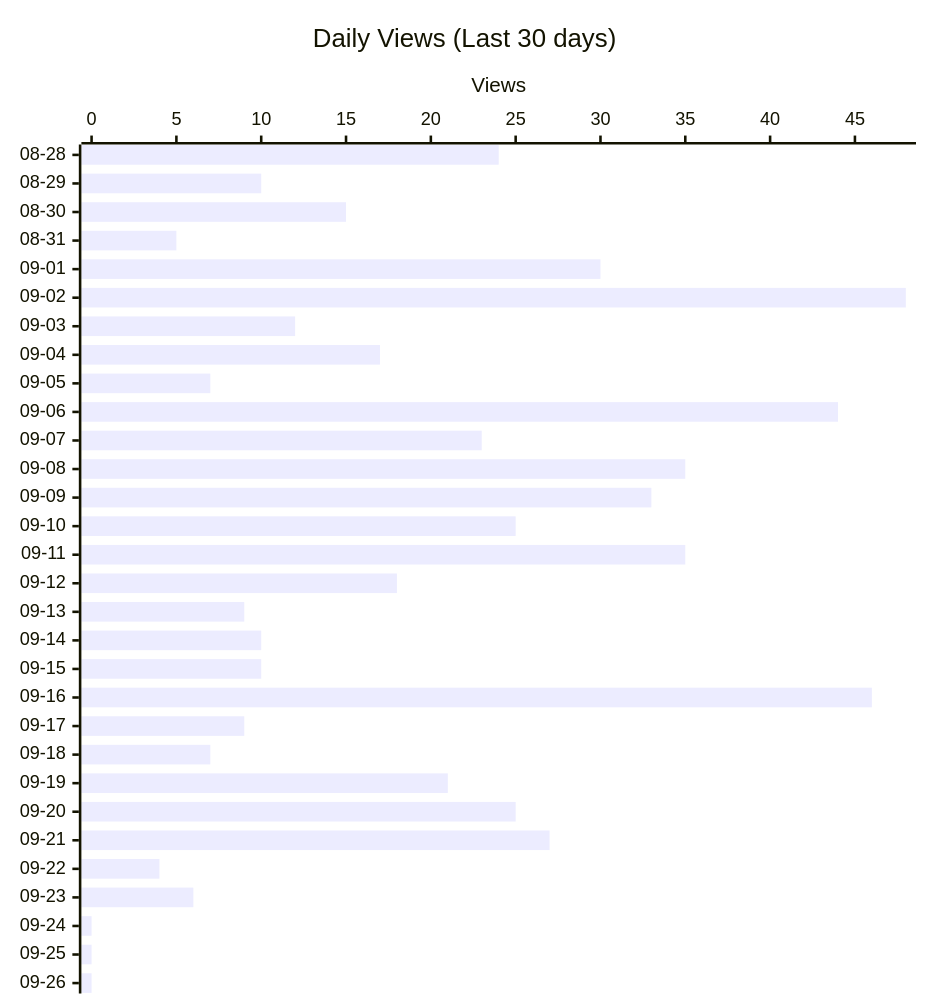
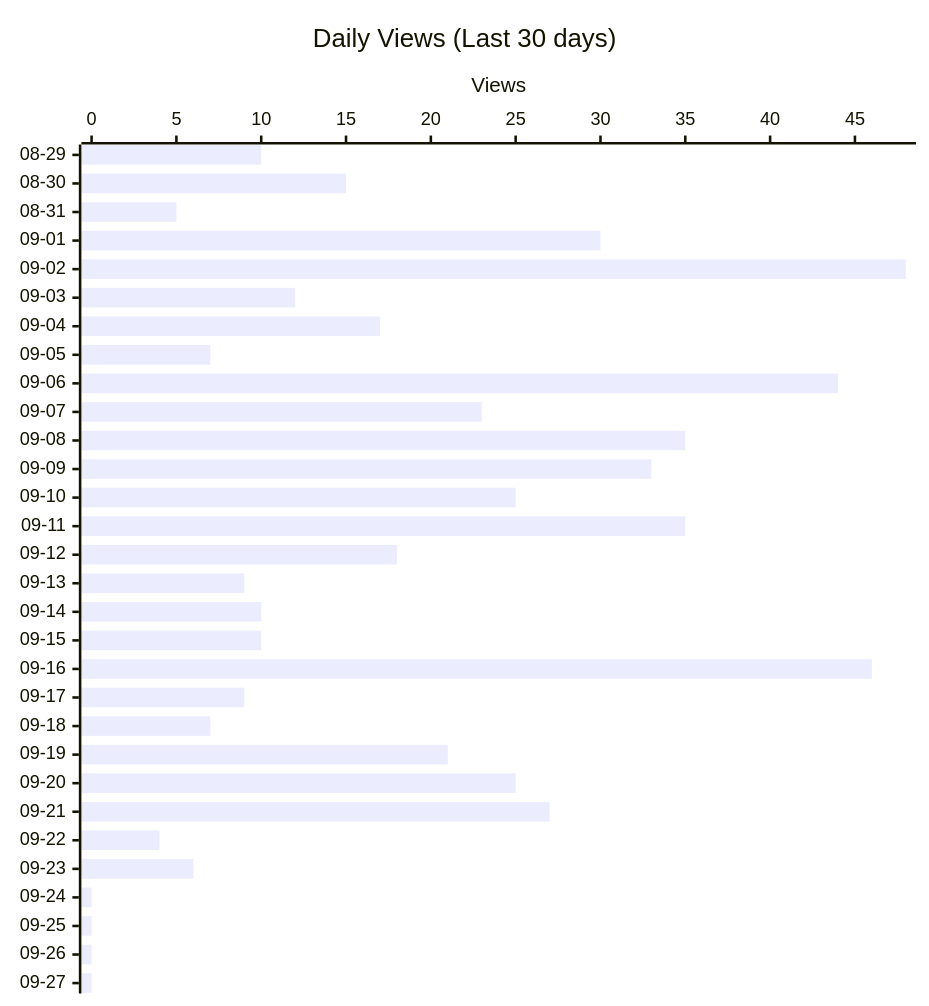
One commit to shigechika/github-insights changed the second of 4 diagrams in README.md. Above: the diagram before and after it, drawn with Mermaid. The commit also changed other lines of this file and 2 other files, not shown here.

````diff
--- a/README.md
+++ b/README.md
@@ -28,12 +28,12 @@
 ```mermaid
 ---
 config:
   xyChart:
     height: 760
 ---
 xychart-beta horizontal
     title "Daily Views (Last 30 days)"
-    x-axis ["08-28", "08-29", "08-30", "08-31", "09-01", "09-02", "09-03", "09-04", "09-05", "09-06", "09-07", "09-08", "09-09", "09-10", "09-11", "09-12", "09-13", "09-14", "09-15", "09-16", "09-17", "09-18", "09-19", "09-20", "09-21", "09-22", "09-23", "09-24", "09-25", "09-26"]
+    x-axis ["08-29", "08-30", "08-31", "09-01", "09-02", "09-03", "09-04", "09-05", "09-06", "09-07", "09-08", "09-09", "09-10", "09-11", "09-12", "09-13", "09-14", "09-15", "09-16", "09-17", "09-18", "09-19", "09-20", "09-21", "09-22", "09-23", "09-24", "09-25", "09-26", "09-27"]
     y-axis "Views"
-    bar [24, 10, 15, 5, 30, 48, 12, 17, 7, 44, 23, 35, 33, 25, 35, 18, 9, 10, 10, 46, 9, 7, 21, 25, 27, 4, 6, 0, 0, 0]
+    bar [10, 15, 5, 30, 48, 12, 17, 7, 44, 23, 35, 33, 25, 35, 18, 9, 10, 10, 46, 9, 7, 21, 25, 27, 4, 6, 0, 0, 0, 0]
 ```
````
